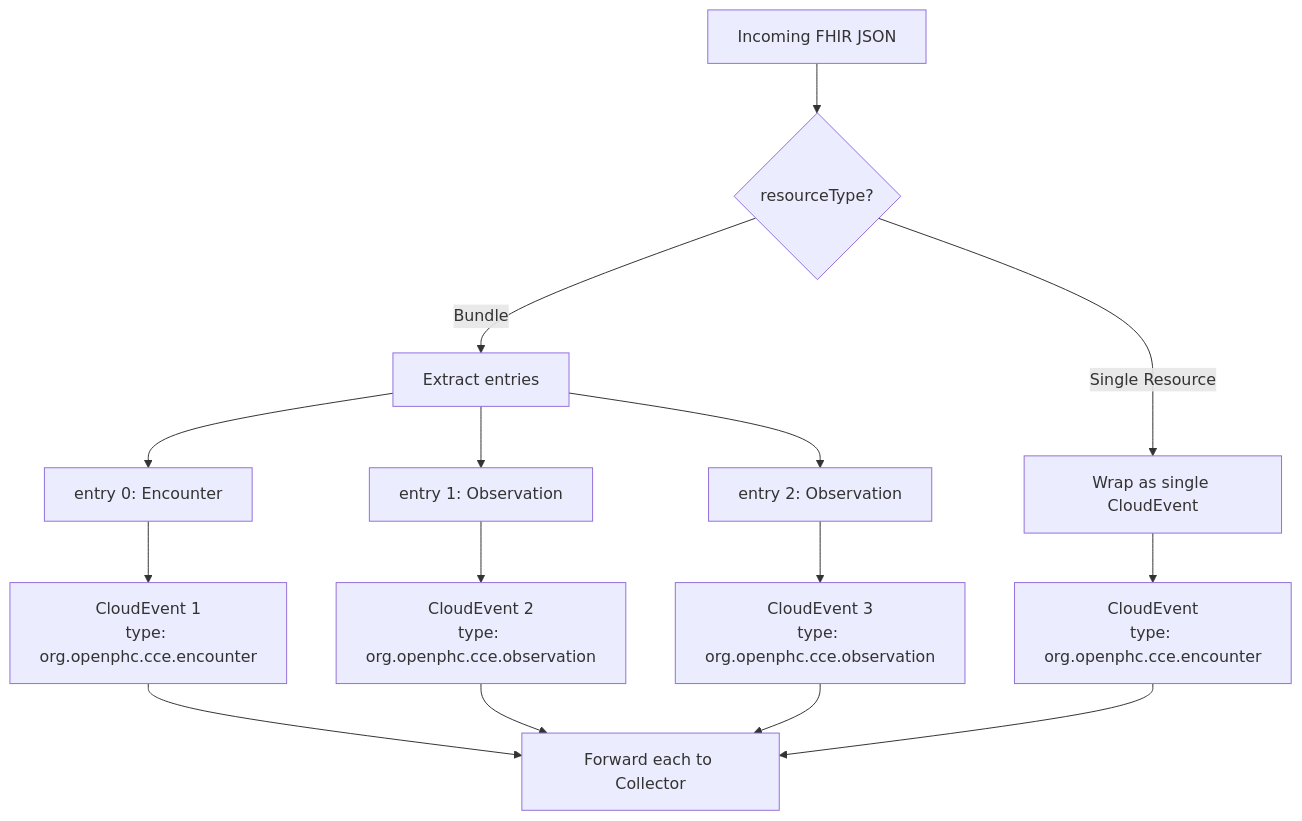
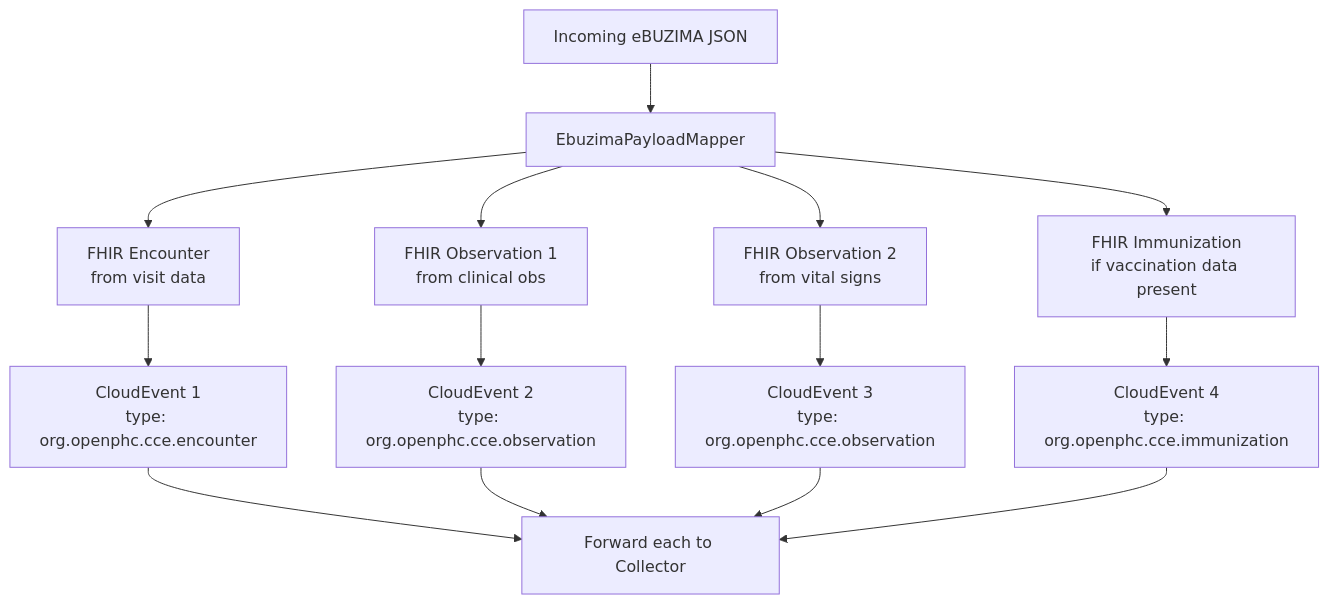
One commit to Jayaprakash8887/openhim-cce-emitter-adaptor changed the fourth of 9 diagrams in docs/flow-diagrams.md. Above: the diagram before and after it, drawn with Mermaid. The commit also changed other lines of this file and 7 other files, not shown here.

````diff
--- a/docs/flow-diagrams.md
+++ b/docs/flow-diagrams.md
@@ -133,22 +115,19 @@
 ```mermaid
 flowchart TD
-    A[Incoming FHIR JSON] --> B{resourceType?}
+    A[Incoming eBUZIMA JSON] --> B[EbuzimaPayloadMapper]
 
-    B -->|Bundle| C[Extract entries]
-    B -->|Single Resource| D[Wrap as single CloudEvent]
+    B --> C[FHIR Encounter<br/>from visit data]
+    B --> D[FHIR Observation 1<br/>from clinical obs]
+    B --> E[FHIR Observation 2<br/>from vital signs]
+    B --> F[FHIR Immunization<br/>if vaccination data present]
 
-    C --> E[entry 0: Encounter]
-    C --> F[entry 1: Observation]
-    C --> G[entry 2: Observation]
+    C --> G[CloudEvent 1<br/>type: org.openphc.cce.encounter]
+    D --> H[CloudEvent 2<br/>type: org.openphc.cce.observation]
+    E --> I[CloudEvent 3<br/>type: org.openphc.cce.observation]
+    F --> J[CloudEvent 4<br/>type: org.openphc.cce.immunization]
 
-    E --> H[CloudEvent 1<br/>type: org.openphc.cce.encounter]
-    F --> I[CloudEvent 2<br/>type: org.openphc.cce.observation]
-    G --> J[CloudEvent 3<br/>type: org.openphc.cce.observation]
-
-    D --> K[CloudEvent<br/>type: org.openphc.cce.encounter]
-
-    H --> L[Forward each to Collector]
-    I --> L
-    J --> L
-    K --> L
+    G --> K[Forward each to Collector]
+    H --> K
+    I --> K
+    J --> K
 ```
````
